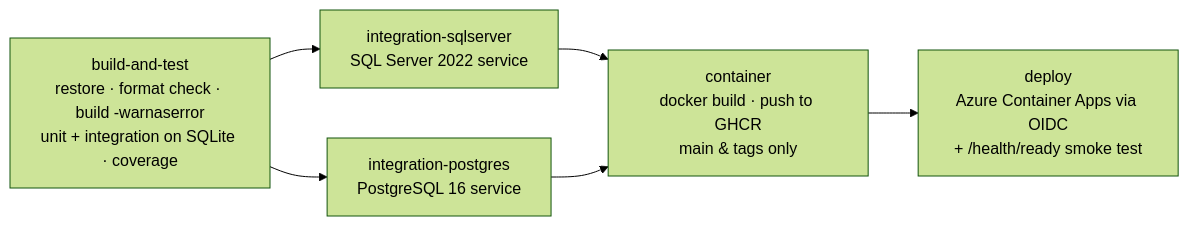
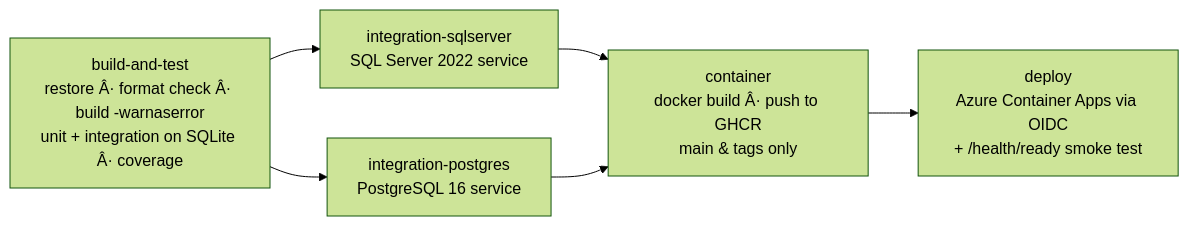
One commit to Chasertx/demoApi changed the third of 4 diagrams in README.md. Above: the diagram before and after it, drawn with Mermaid (forest theme). The commit also changed other lines of this file and 100 other files, not shown here.

````diff
--- a/README.md
+++ b/README.md
@@ -563,8 +563,8 @@
 ```mermaid
 flowchart LR
-    A[build-and-test<br/>restore · format check · build -warnaserror<br/>unit + integration on SQLite · coverage] --> B[integration-sqlserver<br/>SQL Server 2022 service]
+    A[build-and-test<br/>restore Â· format check Â· build -warnaserror<br/>unit + integration on SQLite Â· coverage] --> B[integration-sqlserver<br/>SQL Server 2022 service]
     A --> C[integration-postgres<br/>PostgreSQL 16 service]
-    B --> D[container<br/>docker build · push to GHCR<br/>main & tags only]
+    B --> D[container<br/>docker build Â· push to GHCR<br/>main & tags only]
     C --> D
     D --> E[deploy<br/>Azure Container Apps via OIDC<br/>+ /health/ready smoke test]
 ```
````
